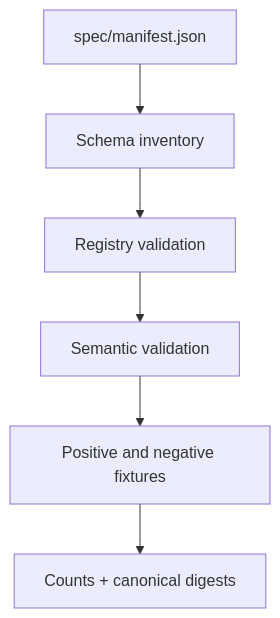
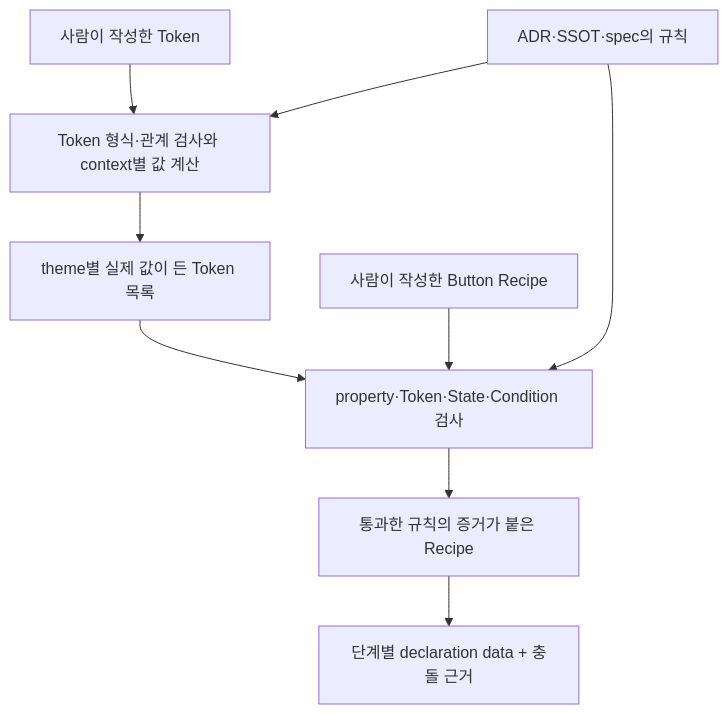
One commit to Rengod95/Axiom-Design-System changed the diagram in docs/guidebook.md. Above: the diagram before and after it, drawn with Mermaid. The commit also changed other lines of this file and 207 other files, not shown here.

````diff
--- a/docs/guidebook.md
+++ b/docs/guidebook.md
@@ -273,8 +86,11 @@
 ```mermaid
 flowchart TD
-    A["spec/manifest.json"] --> B["Schema inventory"]
-    B --> C["Registry validation"]
-    C --> D["Semantic validation"]
-    D --> E["Positive and negative fixtures"]
-    E --> F["Counts + canonical digests"]
+    A["사람이 작성한 Token"] --> B["Token 형식·관계 검사와 context별 값 계산"]
+    R["ADR·SSOT·spec의 규칙"] --> B
+    B --> C["theme별 실제 값이 든 Token 목록"]
+    D["사람이 작성한 Button Recipe"] --> E["property·Token·State·Condition 검사"]
+    R --> E
+    C --> E
+    E --> F["통과한 규칙의 증거가 붙은 Recipe"]
+    F --> G["단계별 declaration data + 충돌 근거"]
 ```
````
